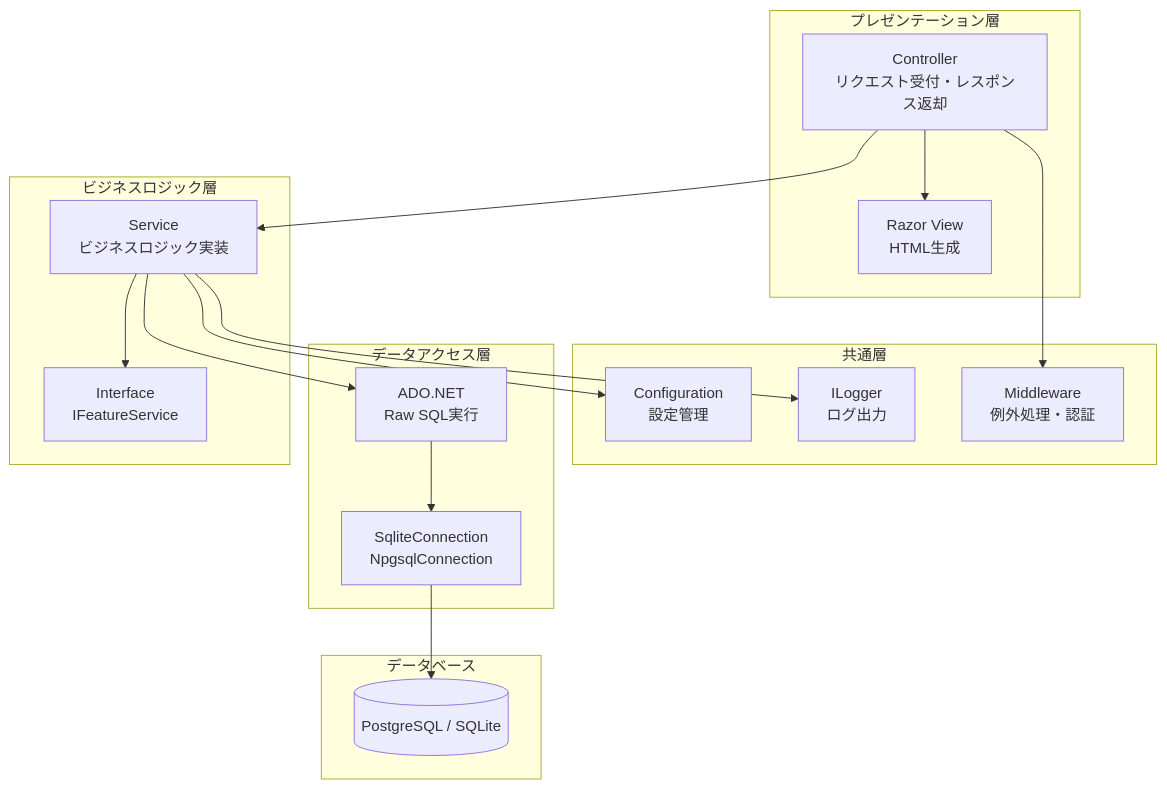
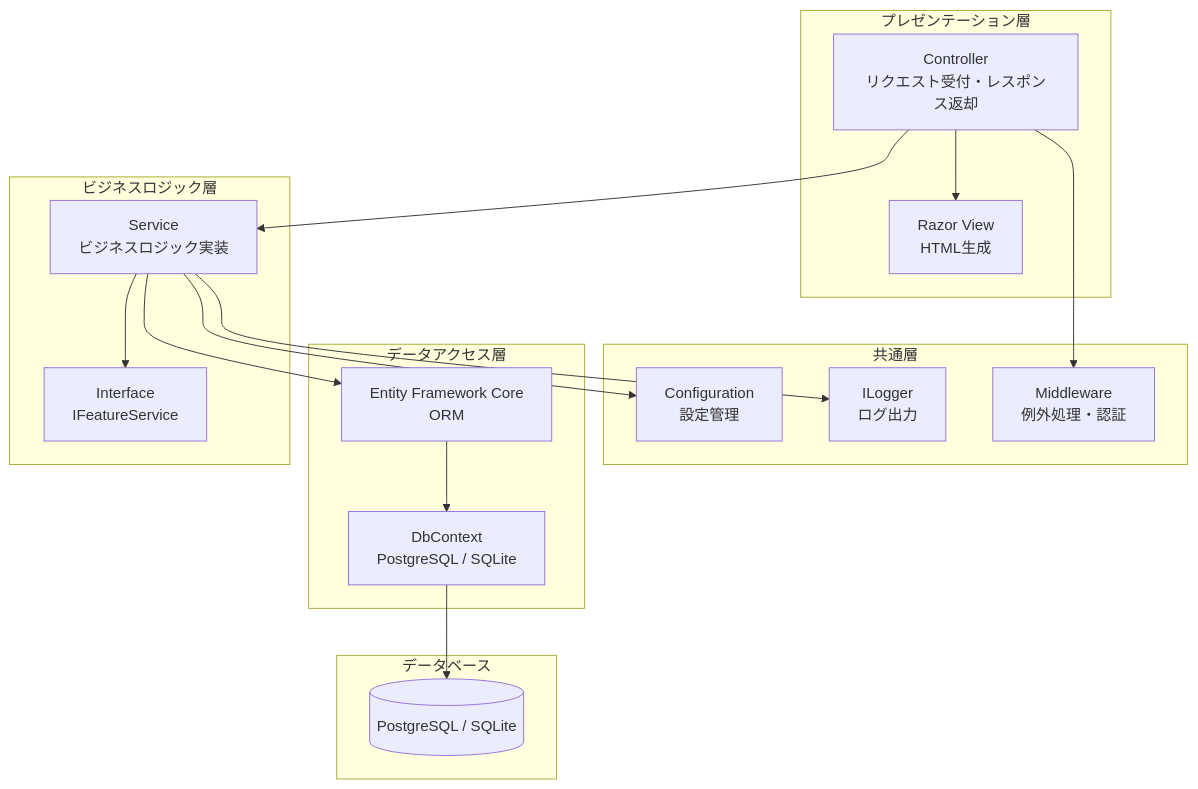
One commit to RYA234/dotnet_container changed the third of 6 diagrams in .github/docs/common-design/architecture.md. Above: the diagram before and after it, drawn with Mermaid. The commit also changed other lines of this file and 2 other files, not shown here.

First line of the commit message:
Review architecture.md and update ADR

````diff
--- a/.github/docs/common-design/architecture.md
+++ b/.github/docs/common-design/architecture.md
@@ -101,37 +100,37 @@
 ```mermaid
 graph TD
     subgraph "プレゼンテーション層"
         Controller[Controller<br/>リクエスト受付・レスポンス返却]
         View[Razor View<br/>HTML生成]
     end
 
     subgraph "ビジネスロジック層"
         Service[Service<br/>ビジネスロジック実装]
         Interface[Interface<br/>IFeatureService]
     end
 
     subgraph "データアクセス層"
-        ADO[ADO.NET<br/>Raw SQL実行]
-        Connection[SqliteConnection<br/>NpgsqlConnection]
+        EFCore[Entity Framework Core<br/>ORM]
+        Connection[DbContext<br/>PostgreSQL / SQLite]
     end
 
     subgraph "データベース"
         DB[(PostgreSQL / SQLite)]
     end
 
     subgraph "共通層"
         Config[Configuration<br/>設定管理]
         Logger[ILogger<br/>ログ出力]
         Middleware[Middleware<br/>例外処理・認証]
     end
 
     Controller --> Service
     Controller --> View
     Service --> Interface
-    Service --> ADO
-    ADO --> Connection
+    Service --> EFCore
+    EFCore --> Connection
     Connection --> DB
     Service --> Config
     Service --> Logger
     Controller --> Middleware
 ```
````
